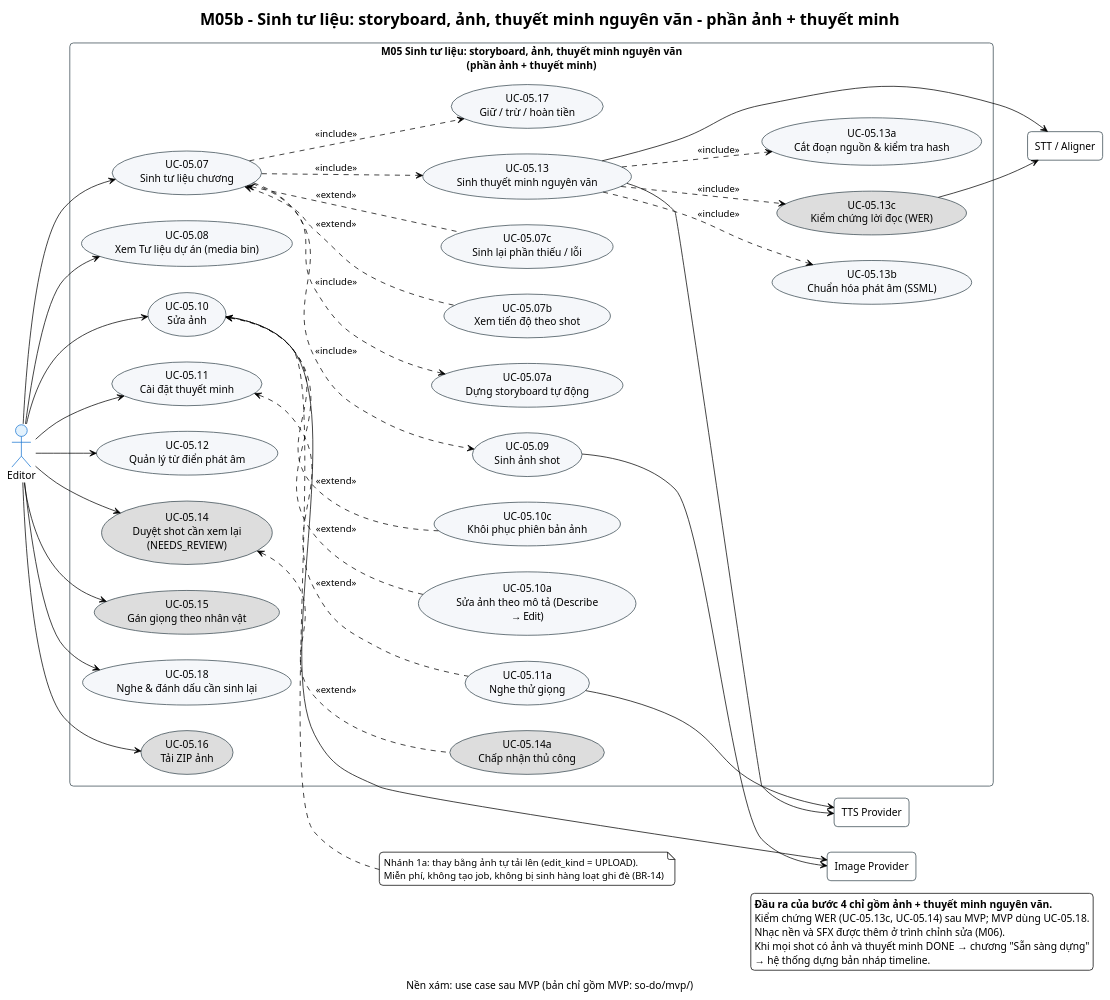
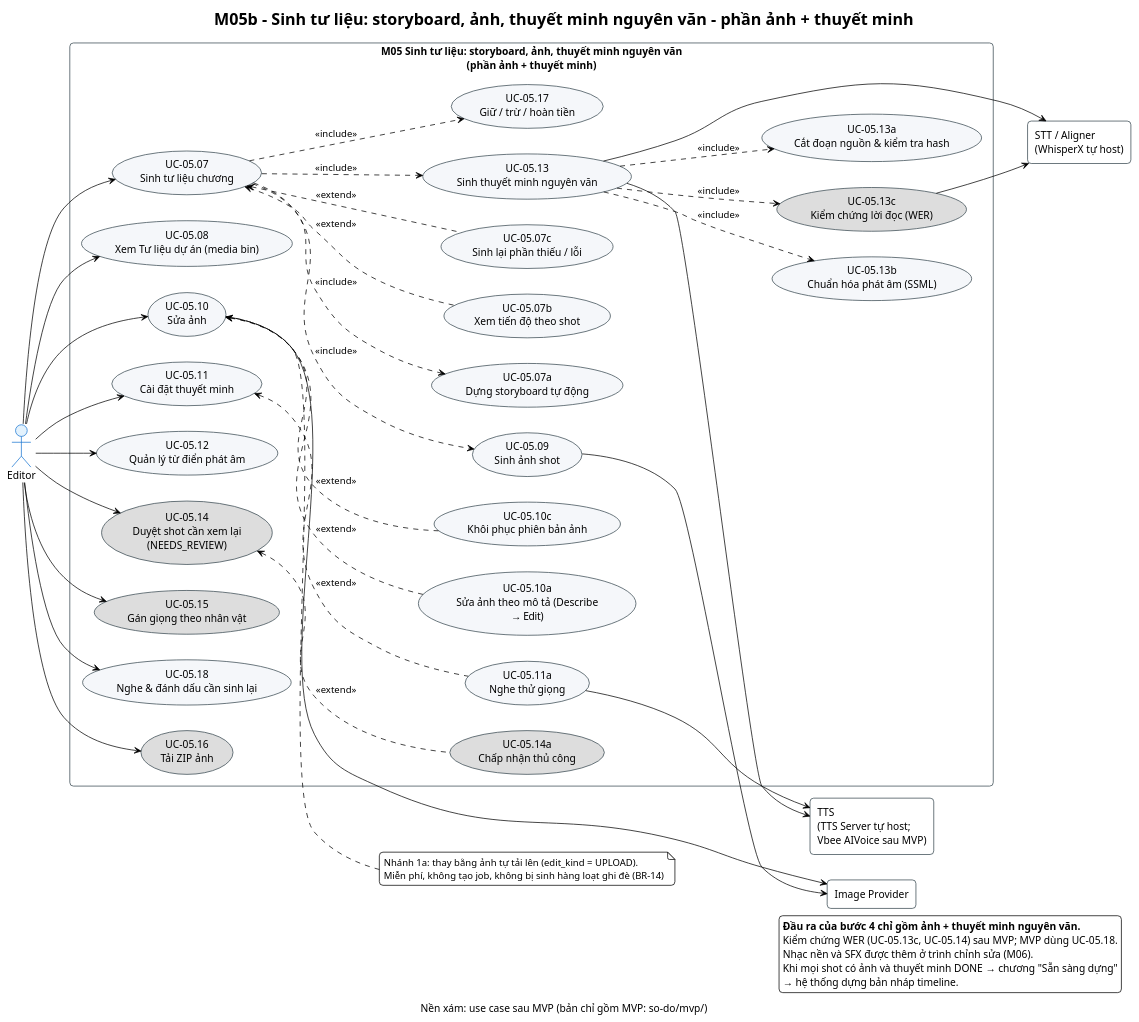
Before and after one commit to 202416852-anhpv/story2video-docs: the diagram in demo-c2story/so-do/01-use-case/phan-ra/uc-m05b-sinh-anh-thuyet-minh.puml, drawn with PlantUML. The commit also changed 40 other files, not shown here.

```diff
--- a/demo-c2story/so-do/01-use-case/phan-ra/uc-m05b-sinh-anh-thuyet-minh.puml
+++ b/demo-c2story/so-do/01-use-case/phan-ra/uc-m05b-sinh-anh-thuyet-minh.puml
@@ -1,90 +1,90 @@
 @startuml UC_M05b_SinhTuLieu
 !theme plain
 skinparam defaultFontName "Segoe UI"
 skinparam roundCorner 10
 skinparam actor {
     BackgroundColor #E3F2FD
     BorderColor #1976D2
 }
 skinparam usecase {
     BackgroundColor #F5F7FA
     BorderColor #37474F
 }
 skinparam rectangle {
     BorderColor #37474F
 }
 left to right direction
 title M05b - Sinh tư liệu: storyboard, ảnh, thuyết minh nguyên văn - phần ảnh + thuyết minh
 
 actor "Editor" as Editor
 
 rectangle "M05 Sinh tư liệu: storyboard, ảnh, thuyết minh nguyên văn\n(phần ảnh + thuyết minh)" {
     usecase "UC-05.07\nSinh tư liệu chương" as UC1
     usecase "UC-05.07a\nDựng storyboard tự động" as UC1a
     usecase "UC-05.07b\nXem tiến độ theo shot" as UC1b
     usecase "UC-05.07c\nSinh lại phần thiếu / lỗi" as UC1c
     usecase "UC-05.08\nXem Tư liệu dự án (media bin)" as UC2
     usecase "UC-05.09\nSinh ảnh shot" as UC3
     usecase "UC-05.10\nSửa ảnh" as UC4
     usecase "UC-05.10a\nSửa ảnh theo mô tả (Describe\n→ Edit)" as UC4a
     usecase "UC-05.10c\nKhôi phục phiên bản ảnh" as UC4c
     usecase "UC-05.11\nCài đặt thuyết minh" as UC5
     usecase "UC-05.11a\nNghe thử giọng" as UC5a
     usecase "UC-05.12\nQuản lý từ điển phát âm" as UC6
     usecase "UC-05.13\nSinh thuyết minh nguyên văn" as UC7
     usecase "UC-05.13a\nCắt đoạn nguồn & kiểm tra hash" as UC7a
     usecase "UC-05.13b\nChuẩn hóa phát âm (SSML)" as UC7b
     usecase "UC-05.13c\nKiểm chứng lời đọc (WER)" as UC7c #DDDDDD
     usecase "UC-05.14\nDuyệt shot cần xem lại\n(NEEDS_REVIEW)" as UC8 #DDDDDD
     usecase "UC-05.14a\nChấp nhận thủ công" as UC8a #DDDDDD
     usecase "UC-05.15\nGán giọng theo nhân vật" as UC9 #DDDDDD
     usecase "UC-05.17\nGiữ / trừ / hoàn tiền" as UC11
     usecase "UC-05.18\nNghe & đánh dấu cần sinh lại" as UC12
     usecase "UC-05.16\nTải ZIP ảnh" as UC10 #DDDDDD
 }
 rectangle "Image Provider" as IMG
-rectangle "TTS Provider" as TTS
-rectangle "STT / Aligner" as STT
+rectangle "TTS\n(TTS Server tự host;\nVbee AIVoice sau MVP)" as TTS
+rectangle "STT / Aligner\n(WhisperX tự host)" as STT
 
 Editor --> UC1
 Editor --> UC2
 Editor --> UC4
 Editor --> UC5
 Editor --> UC6
 Editor --> UC8
 Editor --> UC9
 Editor --> UC10
 Editor --> UC12
 UC1 ..> UC1a : <<include>>
 UC1 ..> UC3 : <<include>>
 UC1 ..> UC7 : <<include>>
 UC1 ..> UC11 : <<include>>
 UC1 <.. UC1b : <<extend>>
 UC1 <.. UC1c : <<extend>>
 UC4 <.. UC4a : <<extend>>
 UC4 <.. UC4c : <<extend>>
 UC5 <.. UC5a : <<extend>>
 UC7 ..> UC7a : <<include>>
 UC7 ..> UC7b : <<include>>
 UC7 ..> UC7c : <<include>>
 UC8 <.. UC8a : <<extend>>
 UC3 --> IMG
 UC4 --> IMG
 UC5a --> TTS
 UC7 --> TTS
 UC7 --> STT
 UC7c --> STT
 
 legend right
   **Đầu ra của bước 4 chỉ gồm ảnh + thuyết minh nguyên văn.**
   Kiểm chứng WER (UC-05.13c, UC-05.14) sau MVP; MVP dùng UC-05.18.
   Nhạc nền và SFX được thêm ở trình chỉnh sửa (M06).
   Khi mọi shot có ảnh và thuyết minh DONE → chương "Sẵn sàng dựng"
   → hệ thống dựng bản nháp timeline.
 endlegend
 note right of UC4
   Nhánh 1a: thay bằng ảnh tự tải lên (edit_kind = UPLOAD).
   Miễn phí, không tạo job, không bị sinh hàng loạt ghi đè (BR-14)
 end note
 caption Nền xám: use case sau MVP (bản chỉ gồm MVP: so-do/mvp/)
 @enduml
```
